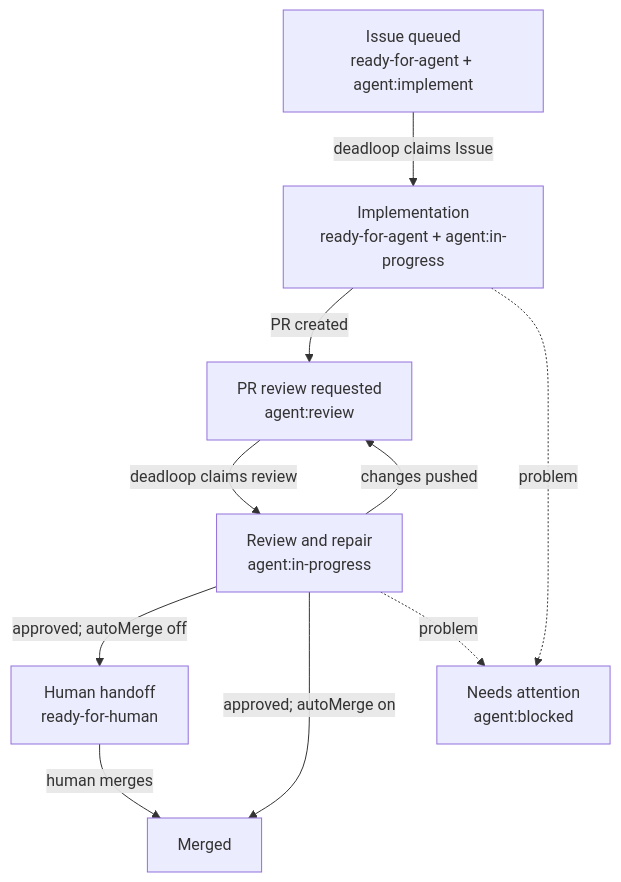
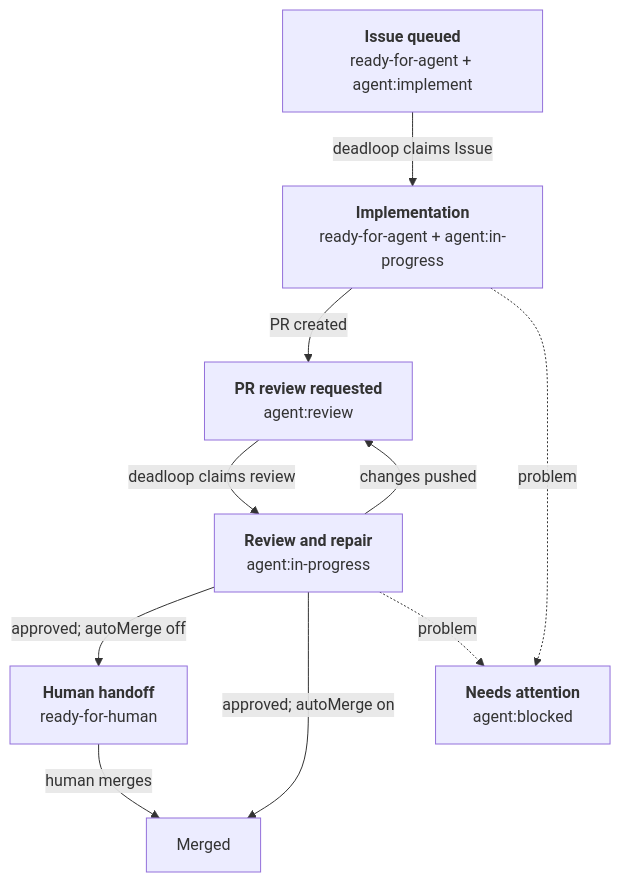
One commit to yasuhito/deadloop changed the diagram in README.md. Above: the diagram before and after it, drawn with Mermaid. The commit also changed 1 other file, not shown here.

Commit message:
docs: use Mermaid markdown line breaks

````diff
--- a/README.md
+++ b/README.md
@@ -55,20 +55,26 @@
 ```mermaid
 flowchart TD
-    I["Issue queued<br>ready-for-agent + agent:implement"]
-    W["Implementation<br>ready-for-agent + agent:in-progress"]
-    R["PR review requested<br>agent:review"]
-    V["Review and repair<br>agent:in-progress"]
-    H["Human handoff<br>ready-for-human"]
+    I["`**Issue queued**
+    ready-for-agent + agent:implement`"]
+    W["`**Implementation**
+    ready-for-agent + agent:in-progress`"]
+    R["`**PR review requested**
+    agent:review`"]
+    V["`**Review and repair**
+    agent:in-progress`"]
+    H["`**Human handoff**
+    ready-for-human`"]
     M["Merged"]
-    B["Needs attention<br>agent:blocked"]
+    B["`**Needs attention**
+    agent:blocked`"]
 
     I -->|deadloop claims Issue| W
     W -->|PR created| R
     R -->|deadloop claims review| V
     V -->|changes pushed| R
     V -->|approved; autoMerge off| H
     V -->|approved; autoMerge on| M
     H -->|human merges| M
     W -. problem .-> B
     V -. problem .-> B
 ```
````
